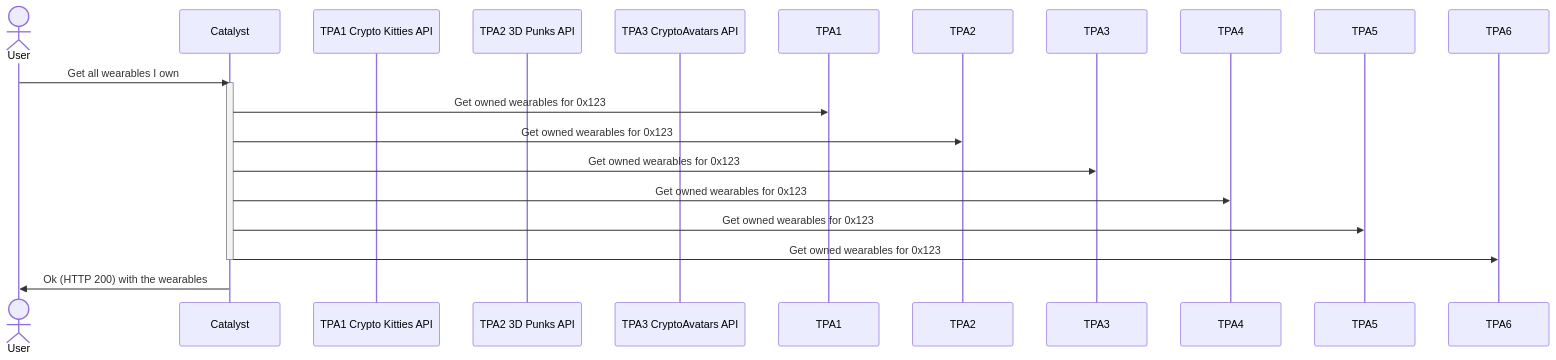
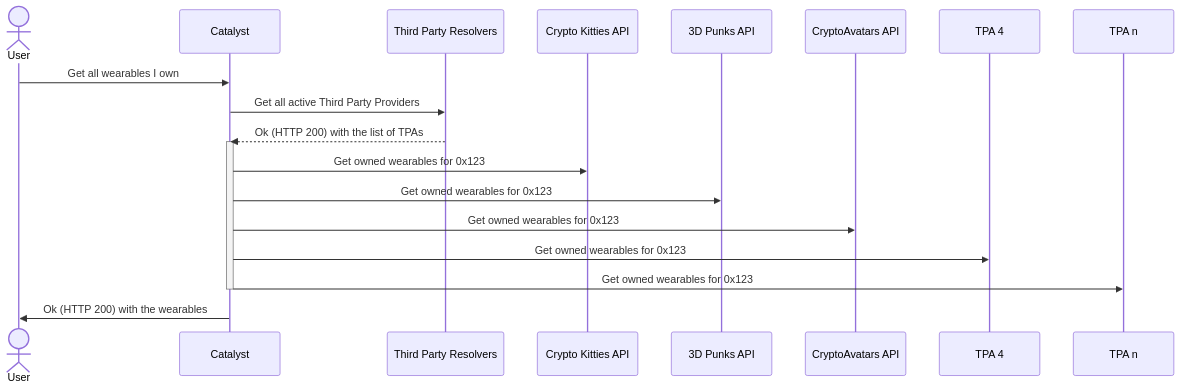
One commit to decentraland/lamb2 changed the first of 2 diagrams in README.md. Above: the diagram before and after it, drawn with Mermaid. The commit also changed other lines of this file, not shown here.

````diff
--- a/README.md
+++ b/README.md
@@ -58,18 +58,22 @@
 ```mermaid
 sequenceDiagram
    actor User
    participant Catalyst
-   participant TPA1 Crypto Kitties API
-   participant TPA2 3D Punks API
-   participant TPA3 CryptoAvatars API
+   participant Graph as Third Party Resolvers
+   participant TPA1 as Crypto Kitties API
+   participant TPA2 as 3D Punks API
+   participant TPA3 as CryptoAvatars API
+   participant TPA4 as TPA 4
+   participant TPA6 as TPA n
    User ->> Catalyst: Get all wearables I own
+   Catalyst ->> Graph: Get all active Third Party Providers
+   Graph -->> Catalyst: Ok (HTTP 200) with the list of TPAs
    activate Catalyst
    Catalyst ->> TPA1: Get owned wearables for 0x123
    Catalyst ->> TPA2: Get owned wearables for 0x123
    Catalyst ->> TPA3: Get owned wearables for 0x123
    Catalyst ->> TPA4: Get owned wearables for 0x123
-   Catalyst ->> TPA5: Get owned wearables for 0x123
    Catalyst ->> TPA6: Get owned wearables for 0x123
    deactivate Catalyst
    Catalyst ->> User: Ok (HTTP 200) with the wearables
 ```
````
